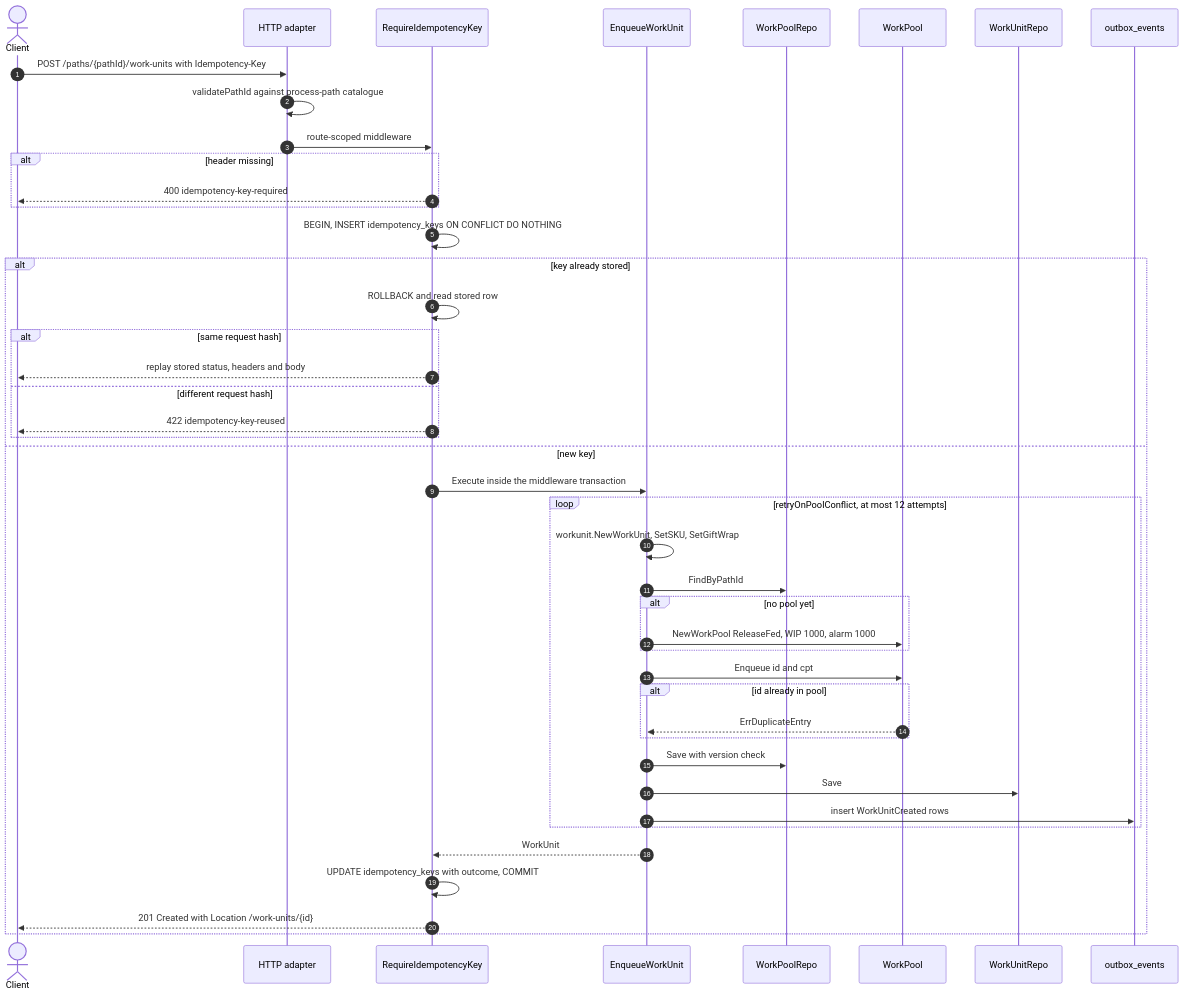
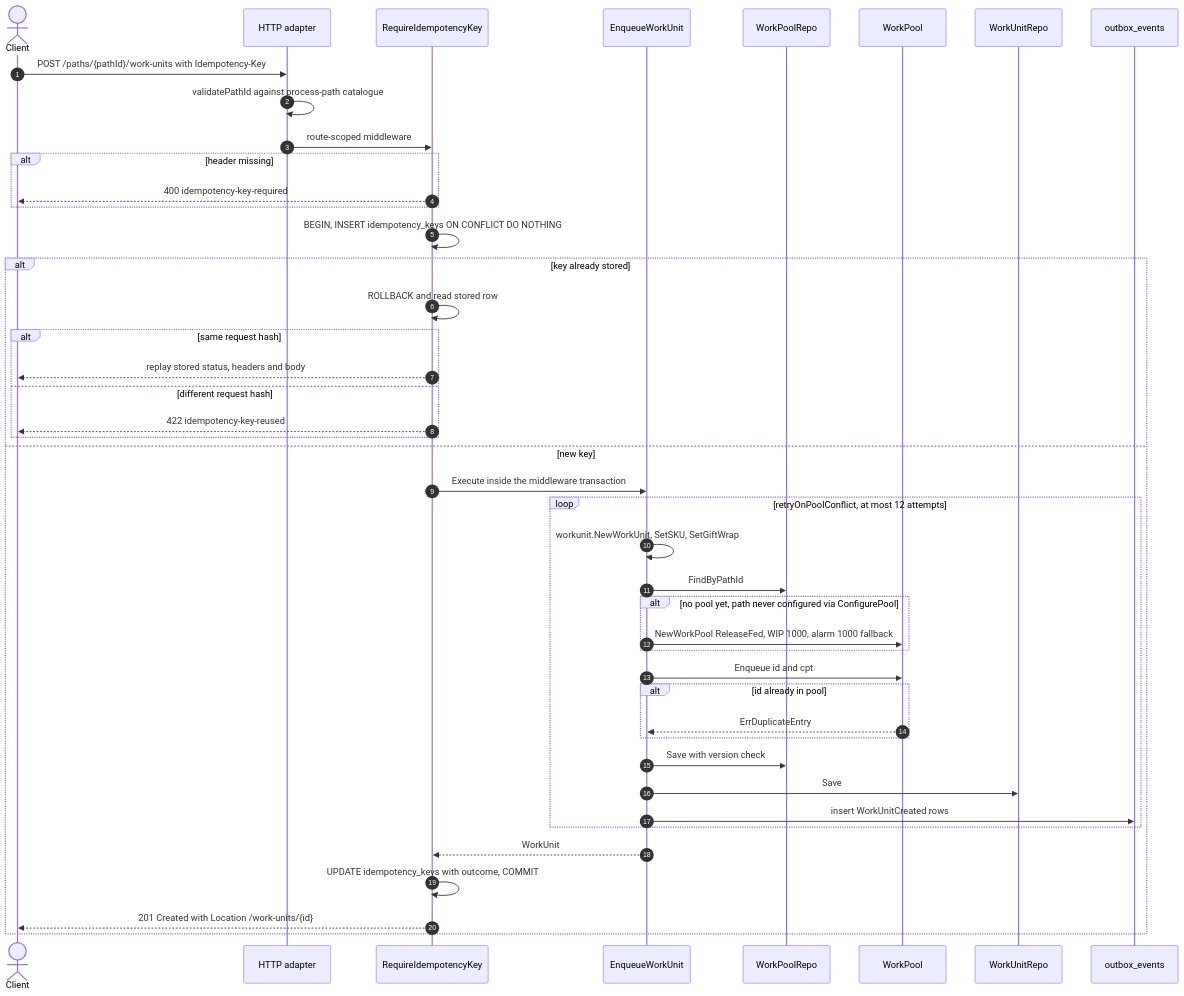
The first of 10 diagrams in docs/contexts/wes-work-planning/sequence-diagrams.md (IQVO/warehouse-docs), drawn with Mermaid before and after one commit. The commit also changed other lines of this file and 318 other files, not shown here.

````diff
--- a/docs/contexts/wes-work-planning/sequence-diagrams.md
+++ b/docs/contexts/wes-work-planning/sequence-diagrams.md
@@ -37,47 +37,47 @@
 ```mermaid
 sequenceDiagram
     autonumber
     actor Client
     participant HTTP as HTTP adapter
     participant IDEM as RequireIdempotencyKey
     participant UC as EnqueueWorkUnit
     participant PoolRepo as WorkPoolRepo
     participant Pool as WorkPool
     participant UnitRepo as WorkUnitRepo
     participant Outbox as outbox_events
 
     Client->>HTTP: POST /paths/{pathId}/work-units with Idempotency-Key
     HTTP->>HTTP: validatePathId against process-path catalogue
     HTTP->>IDEM: route-scoped middleware
     alt header missing
         IDEM-->>Client: 400 idempotency-key-required
     end
     IDEM->>IDEM: BEGIN, INSERT idempotency_keys ON CONFLICT DO NOTHING
     alt key already stored
         IDEM->>IDEM: ROLLBACK and read stored row
         alt same request hash
             IDEM-->>Client: replay stored status, headers and body
         else different request hash
             IDEM-->>Client: 422 idempotency-key-reused
         end
     else new key
         IDEM->>UC: Execute inside the middleware transaction
         loop retryOnPoolConflict, at most 12 attempts
             UC->>UC: workunit.NewWorkUnit, SetSKU, SetGiftWrap
             UC->>PoolRepo: FindByPathId
-            alt no pool yet
-                UC->>Pool: NewWorkPool ReleaseFed, WIP 1000, alarm 1000
+            alt no pool yet, path never configured via ConfigurePool
+                UC->>Pool: NewWorkPool ReleaseFed, WIP 1000, alarm 1000 fallback
             end
             UC->>Pool: Enqueue id and cpt
             alt id already in pool
                 Pool-->>UC: ErrDuplicateEntry
             end
             UC->>PoolRepo: Save with version check
             UC->>UnitRepo: Save
             UC->>Outbox: insert WorkUnitCreated rows
         end
         UC-->>IDEM: WorkUnit
         IDEM->>IDEM: UPDATE idempotency_keys with outcome, COMMIT
         IDEM-->>Client: 201 Created with Location /work-units/{id}
     end
 ```
````
